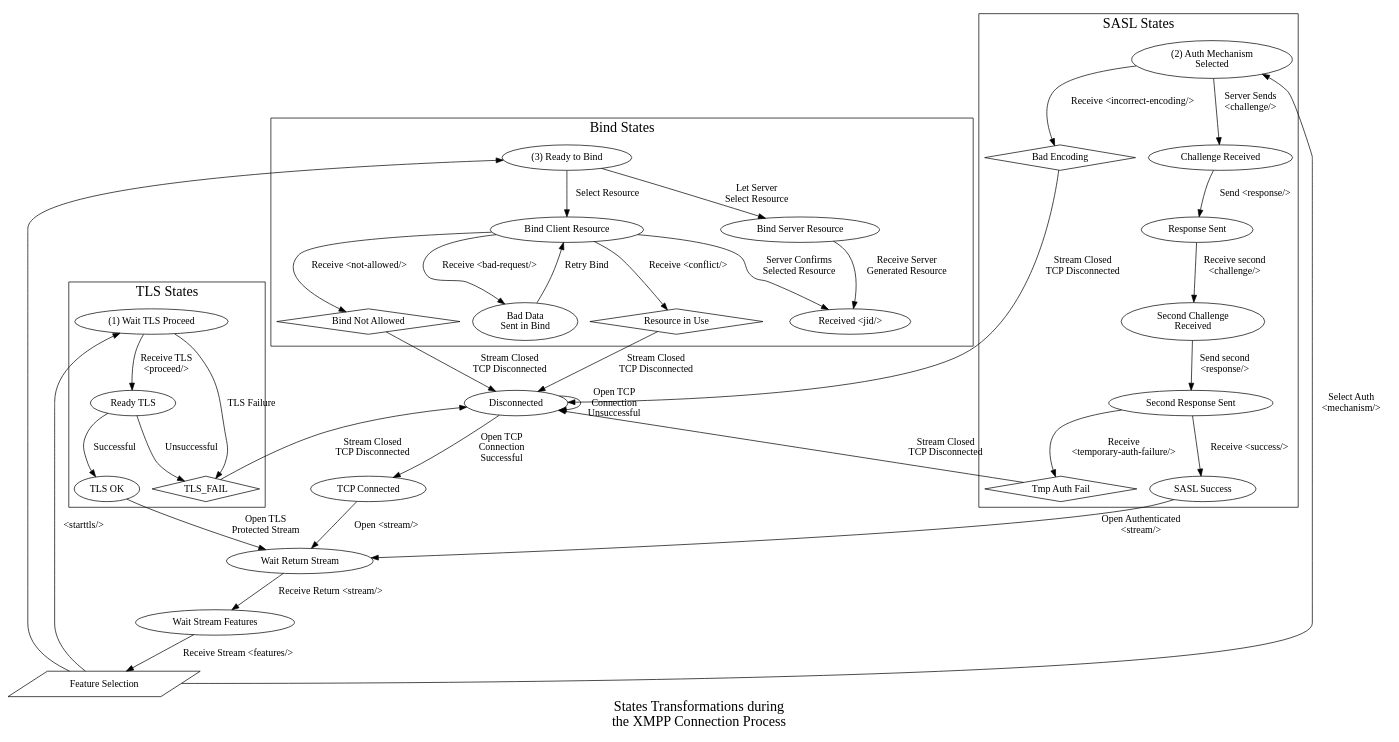
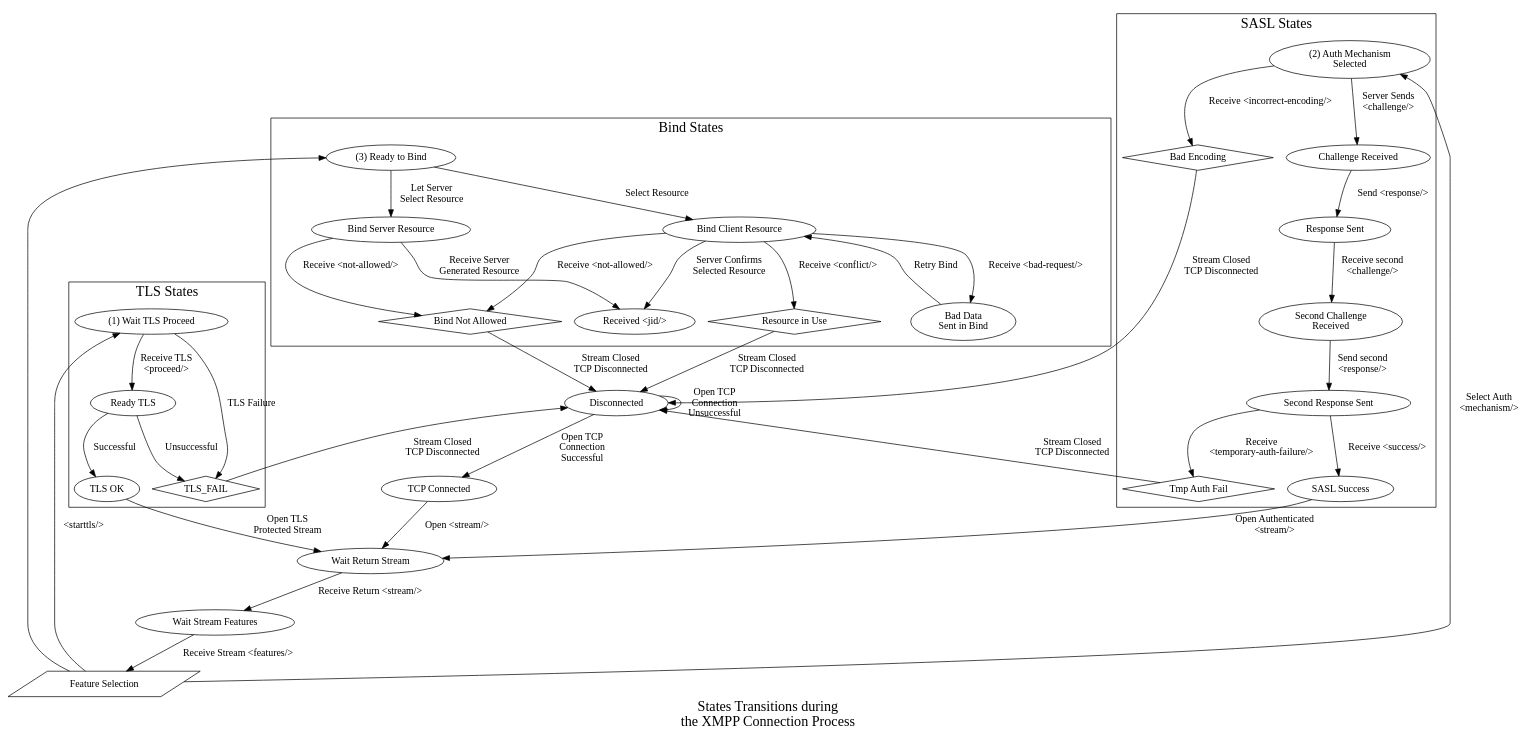
The diagram in Graph/Login.gv (tbielawa/PAD-XMPP), drawn with Graphviz before and after one commit.

Commit message:
Cleaned up bind states

```diff
--- a/Graph/Login.gv
+++ b/Graph/Login.gv
@@ -1,70 +1,71 @@
 digraph ConnectionStates {
 	overlap = false;
 	
 	node [shape=diamond]; "Bad Encoding" "Tmp Auth Fail" "TLS_FAIL" "Bind Not Allowed" "Resource in Use"
 	node [shape=parallelogram]; "Feature Selection";
 	node [shape=ellipse];
 
 	"Disconnected" -> "TCP Connected" [label="Open TCP\nConnection\nSuccessful"];
 	"Disconnected" -> "Disconnected" [label="Open TCP\nConnection\nUnsuccessful"];
 	"TCP Connected" -> "Wait Return Stream" [label="Open <stream/>"];
 	"Wait Return Stream" -> "Wait Stream Features" [label="Receive Return <stream/>"];
 	"Wait Stream Features" -> "Feature Selection" [label="Receive Stream <features/>"];
 	
 	"Feature Selection" -> "(1) Wait TLS Proceed" [label="<starttls/>"];
 	"Feature Selection" -> "(2) Auth Mechanism\nSelected" [label="Select Auth\n<mechanism/>"];
 	"Feature Selection" -> "(3) Ready to Bind";
 	
 	"TLS_FAIL" -> "Disconnected" [label="Stream Closed\nTCP Disconnected"];
 	"Bad Encoding" -> "Disconnected" [label="Stream Closed\nTCP Disconnected"];
 	"Tmp Auth Fail" -> "Disconnected" [label="Stream Closed\nTCP Disconnected"];
 	"Bind Not Allowed" -> "Disconnected" [label="Stream Closed\nTCP Disconnected"];
 	"Resource in Use" -> "Disconnected" [label="Stream Closed\nTCP Disconnected"];
 	
 	"TLS OK" -> "Wait Return Stream" [label="Open TLS\nProtected Stream"];
 	"SASL Success" -> "Wait Return Stream" [label="Open Authenticated\n<stream/>"];
 	
 	subgraph cluster_TLSStates {
 		label = "TLS States";
 		color = black;
 		"(1) Wait TLS Proceed" -> "TLS_FAIL" [label="TLS Failure"];
 		"(1) Wait TLS Proceed" -> "Ready TLS" [label="Receive TLS\n<proceed/>"];
 		"Ready TLS" -> "TLS_FAIL" [label="Unsuccessful"];
 		"Ready TLS" -> "TLS OK" [label="Successful"];
 		fontsize = 20;
 	}
 	
 	subgraph cluster_SASLStates {
 		label = "SASL States";
 		color = black;
 		"(2) Auth Mechanism\nSelected" -> "Challenge Received" [label="Server Sends\n<challenge/>"];
 		"(2) Auth Mechanism\nSelected" -> "Bad Encoding" [label="Receive <incorrect-encoding/>"];
 		"Challenge Received" -> "Response Sent" [label="Send <response/>"];
 		"Response Sent" -> "Second Challenge\nReceived" [label="Receive second\n<challenge/>"];
 		"Second Challenge\nReceived" -> "Second Response Sent" [label="Send second\n<response/>"];
 		"Second Response Sent" -> "SASL Success" [label="Receive <success/>"];
 		"Second Response Sent" -> "Tmp Auth Fail" [label="Receive\n<temporary-auth-failure/>"];
 		fontsize = 20;
 	}
 	
 	subgraph cluster_BindStates {
 		label = "Bind States";
 		color = black;
 		"(3) Ready to Bind" -> "Bind Client Resource" [label="Select Resource"];
 		"(3) Ready to Bind" -> "Bind Server Resource" [label="Let Server\nSelect Resource"];
 		
 		"Bind Client Resource" -> "Received <jid/>" [label="Server Confirms\nSelected Resource"];
 		"Bind Server Resource" -> "Received <jid/>" [label="Receive Server\nGenerated Resource"];
 		
 		"Bind Client Resource" -> "Bad Data\nSent in Bind" [label="Receive <bad-request/>"];
 		"Bad Data\nSent in Bind" -> "Bind Client Resource" [label="Retry Bind"];
 		
+		"Bind Server Resource" -> "Bind Not Allowed" [label="Receive <not-allowed/>"];
 		"Bind Client Resource"-> "Bind Not Allowed" [label="Receive <not-allowed/>"];
 		
 		"Bind Client Resource" -> "Resource in Use" [label="Receive <conflict/>"];
 		fontsize = 20;
 	}
 	
-	label = "States Transformations during\n the XMPP Connection Process";
+	label = "States Transitions during\n the XMPP Connection Process";
 	fontsize = 20;
 }
```
